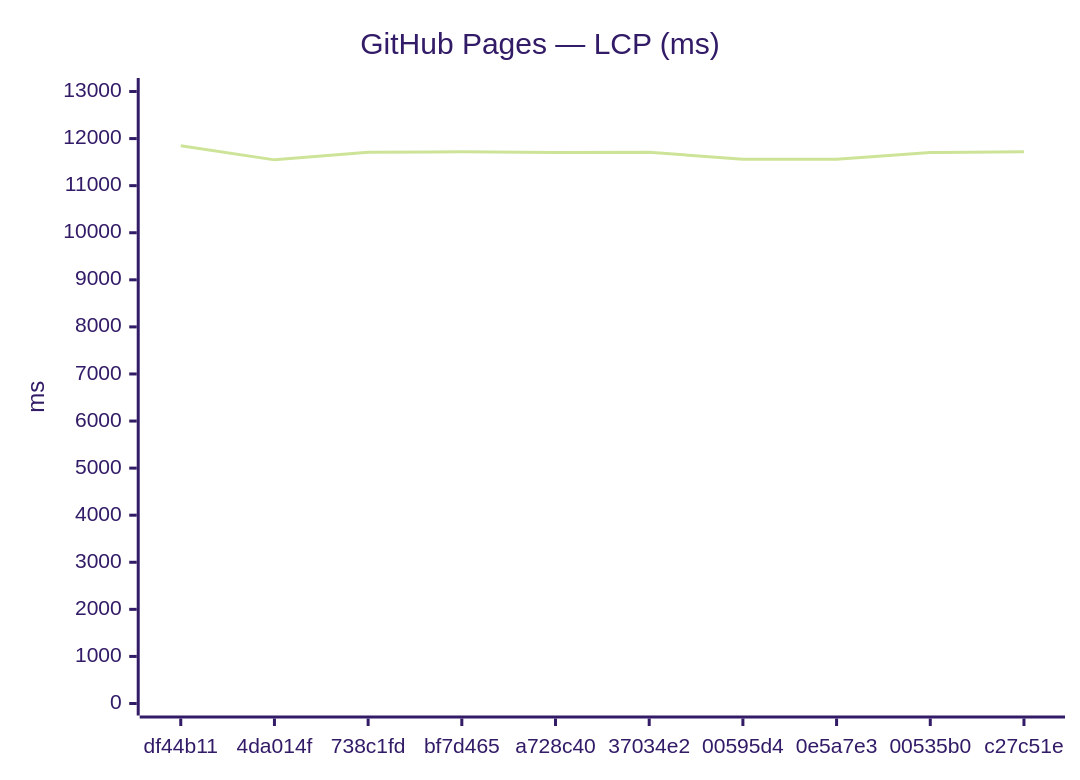
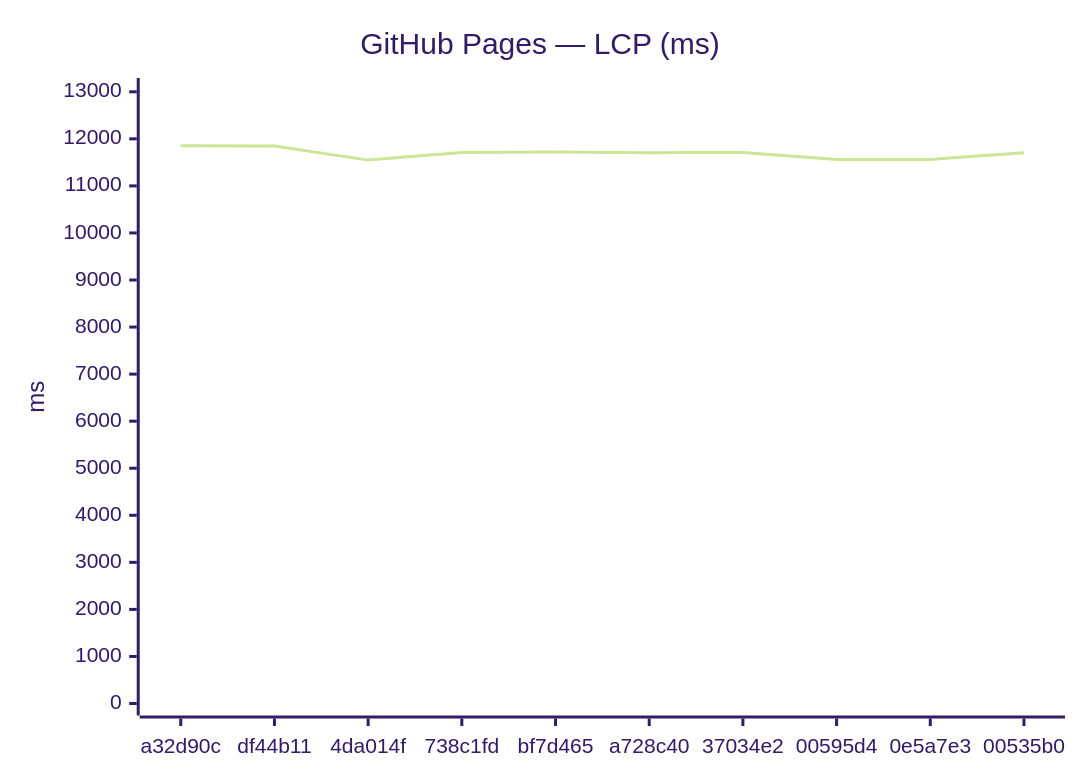
Before and after one commit to Metaheurist/Rianell: the third of 24 diagrams in benchmarks/compare.md, drawn with Mermaid (forest theme). The commit also changed other lines of this file and 12 other files, not shown here.

````diff
--- a/benchmarks/compare.md
+++ b/benchmarks/compare.md
@@ -54,7 +54,7 @@
 ```mermaid
 xychart-beta
     title "GitHub Pages — LCP (ms)"
-    x-axis ["df44b11", "4da014f", "738c1fd", "bf7d465", "a728c40", "37034e2", "00595d4", "0e5a7e3", "00535b0", "c27c51e"]
-    y-axis "ms" 0 --> 13032
-    line [11847, 11548, 11710, 11718, 11707, 11710, 11560, 11561, 11705, 11718]
+    x-axis ["a32d90c", "df44b11", "4da014f", "738c1fd", "bf7d465", "a728c40", "37034e2", "00595d4", "0e5a7e3", "00535b0"]
+    y-axis "ms" 0 --> 13038
+    line [11852, 11847, 11548, 11710, 11718, 11707, 11710, 11560, 11561, 11705]
 ```
````
